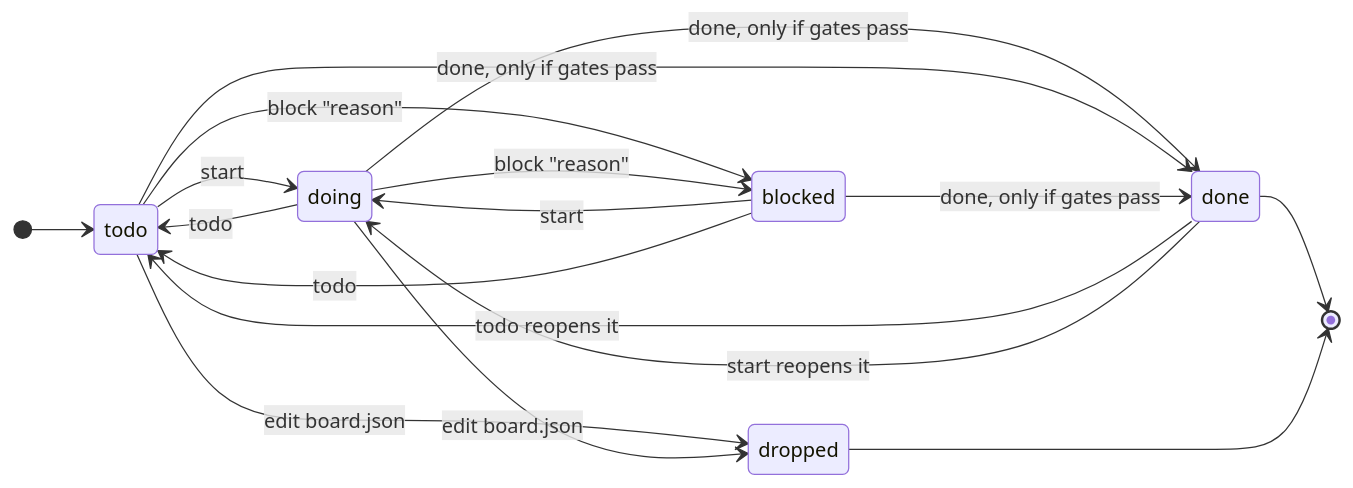
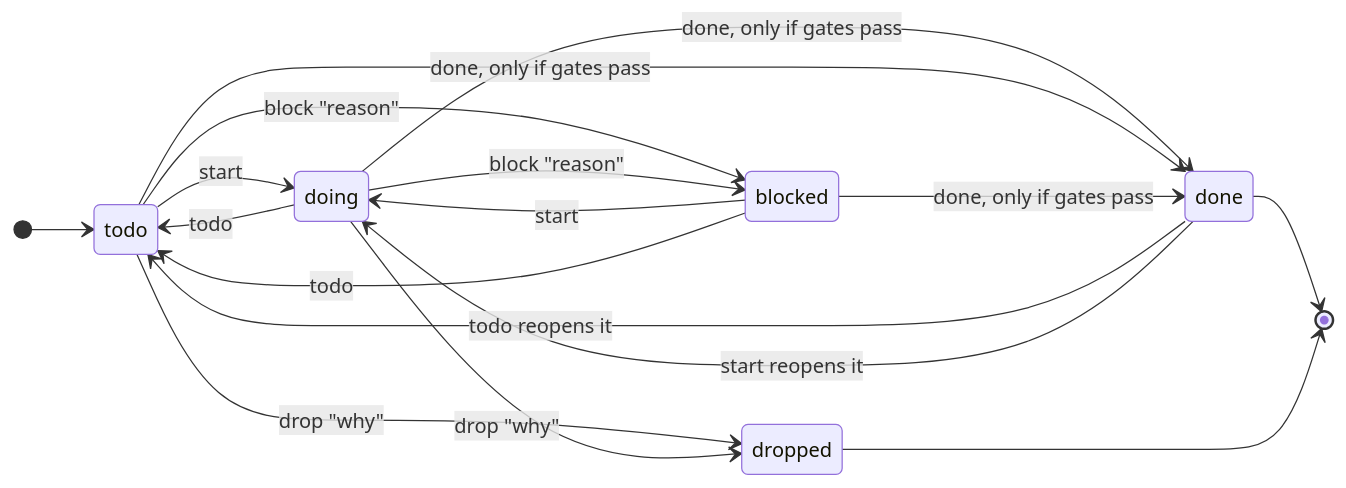
Before and after one commit to clive5exe/Caretaker: the fourth of 14 diagrams in README.md, drawn with Mermaid. The commit also changed other lines of this file and 6 other files, not shown here.

````diff
--- a/README.md
+++ b/README.md
@@ -207,20 +207,20 @@
 ```mermaid
 stateDiagram-v2
   direction LR
   [*] --> todo
   todo --> doing: start
   todo --> blocked: block "reason"
   doing --> blocked: block "reason"
   blocked --> doing: start
   doing --> todo: todo
   blocked --> todo: todo
   doing --> done: done, only if gates pass
   todo --> done: done, only if gates pass
   blocked --> done: done, only if gates pass
   done --> todo: todo reopens it
   done --> doing: start reopens it
-  todo --> dropped: edit board.json
-  doing --> dropped: edit board.json
+  todo --> dropped: drop "why"
+  doing --> dropped: drop "why"
   done --> [*]
   dropped --> [*]
 ```
````
